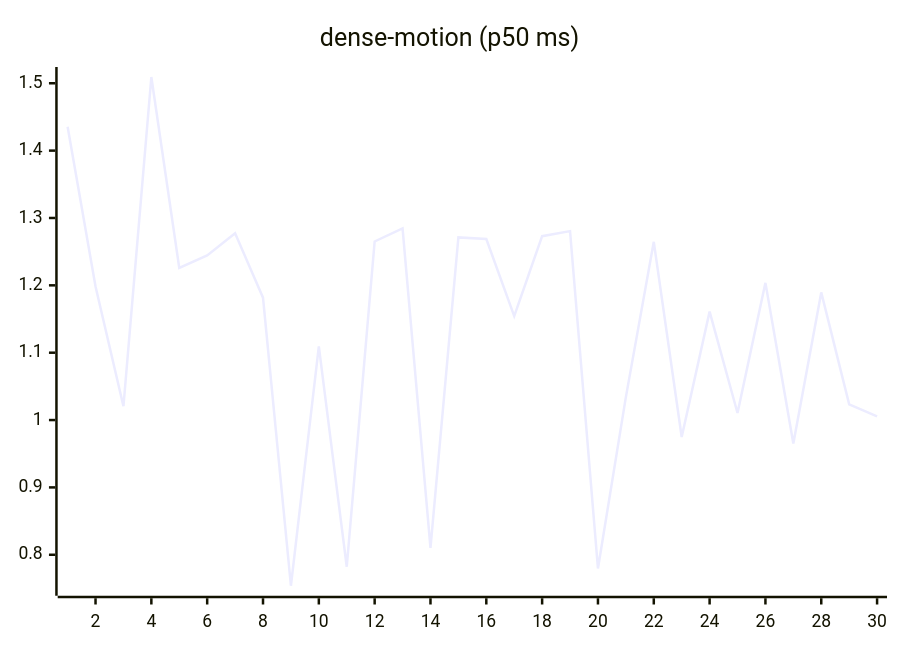
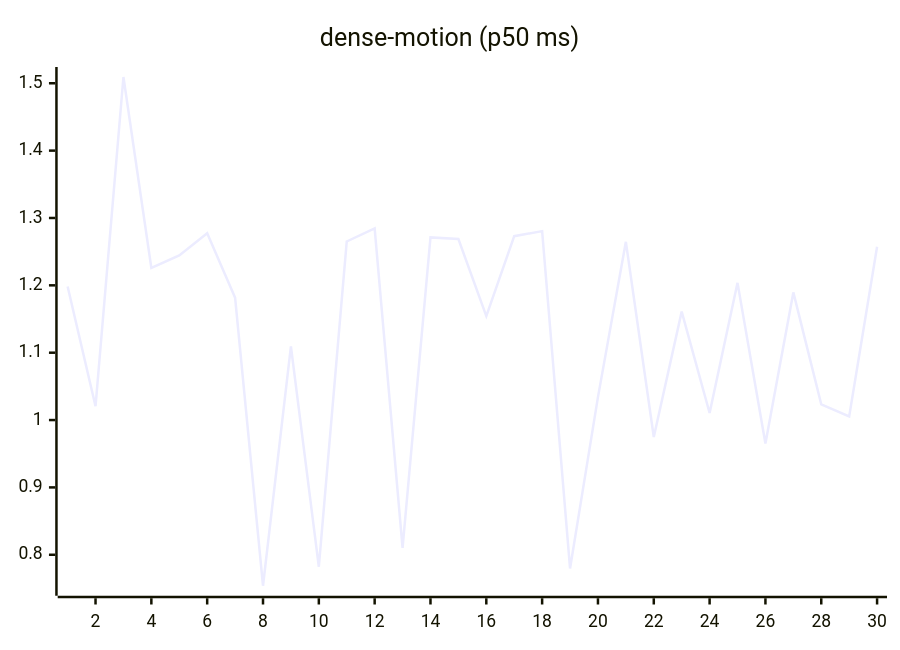
One commit to josha/Facet changed the ninth of 27 diagrams in README.md. Above: the diagram before and after it, drawn with Mermaid. The commit also changed other lines of this file and 2 other files, not shown here.

````diff
--- a/README.md
+++ b/README.md
@@ -119,6 +119,6 @@
 ```mermaid
 xychart-beta
     title "dense-motion (p50 ms)"
     x-axis 1 --> 30
-    line [1.4355, 1.1984, 1.0205, 1.5093, 1.2258, 1.2445, 1.2773, 1.1817, 0.7540, 1.1093, 0.7822, 1.2651, 1.2846, 0.8102, 1.2712, 1.2688, 1.1544, 1.2730, 1.2805, 0.7796, 1.0341, 1.2646, 0.9749, 1.1610, 1.0105, 1.2037, 0.9653, 1.1895, 1.0233, 1.0054]
+    line [1.1984, 1.0205, 1.5093, 1.2258, 1.2445, 1.2773, 1.1817, 0.7540, 1.1093, 0.7822, 1.2651, 1.2846, 0.8102, 1.2712, 1.2688, 1.1544, 1.2730, 1.2805, 0.7796, 1.0341, 1.2646, 0.9749, 1.1610, 1.0105, 1.2037, 0.9653, 1.1895, 1.0233, 1.0054, 1.2572]
 ```
````
